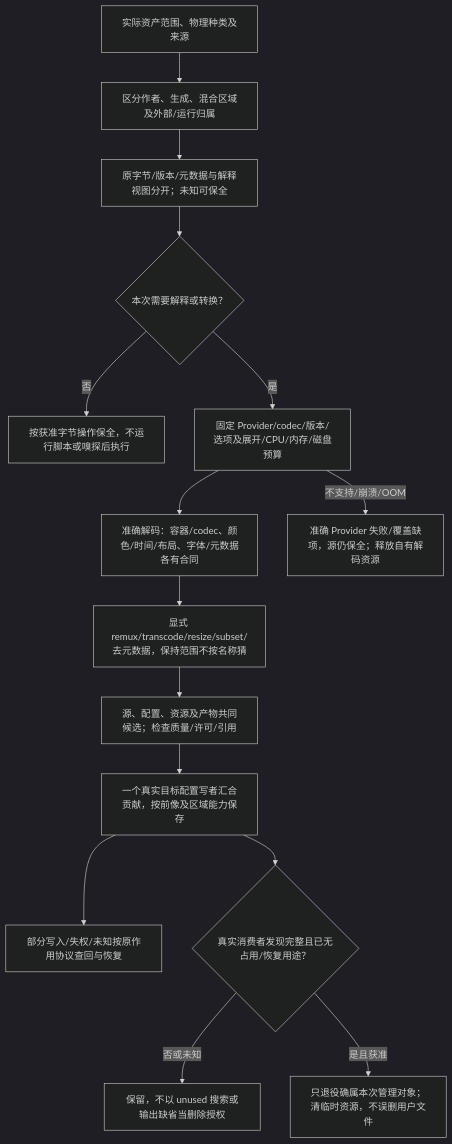
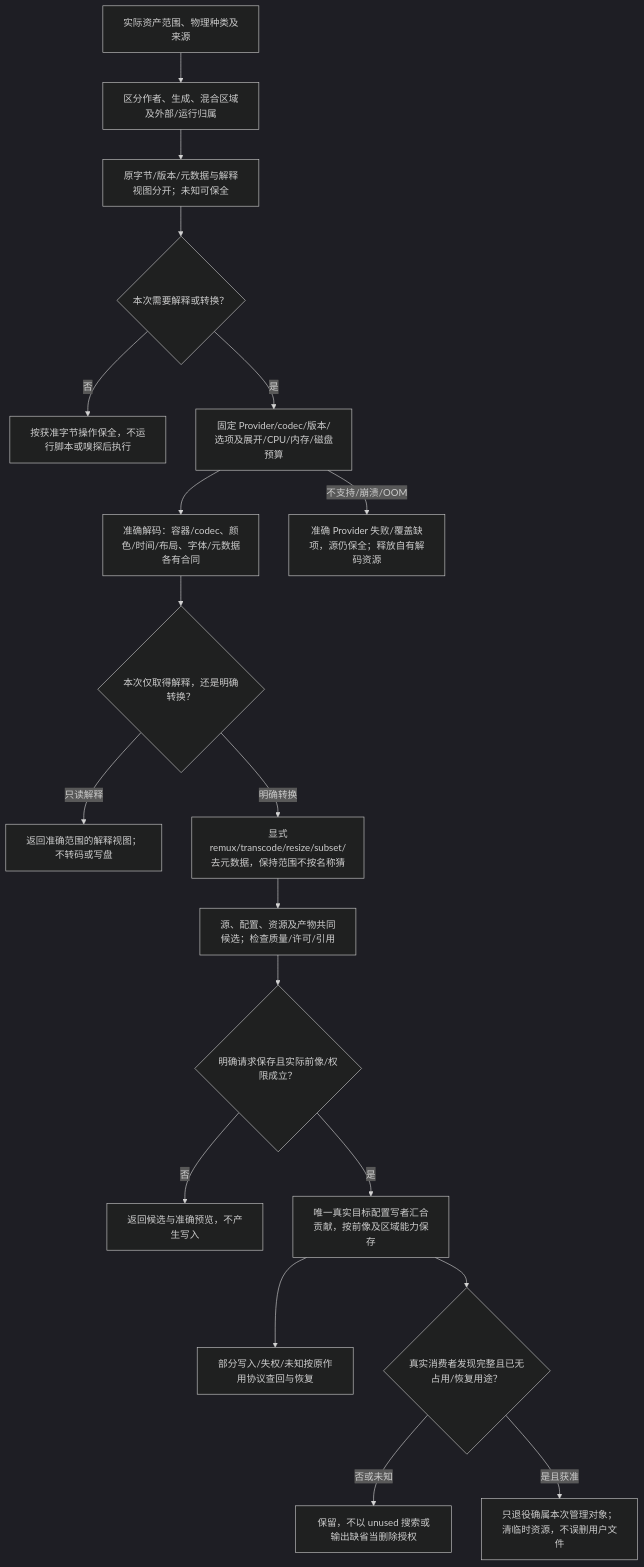
Before and after one commit to sec-platform/sec: the first of 3 diagrams in docs/作者/工程源/资产与非源码.md, drawn with Mermaid (dark theme). The commit also changed other lines of this file and 122 other files, not shown here.

First line of the commit message:
docs: unify system diagrams and remove redundant design text (#882)

````diff
--- a/docs/作者/工程源/资产与非源码.md
+++ b/docs/作者/工程源/资产与非源码.md
@@ -115,17 +115,21 @@
 ```mermaid
 flowchart TB
   scope["实际资产范围、物理种类及来源"] --> own["区分作者、生成、混合区域及外部/运行归属"]
   own --> view["原字节/版本/元数据与解释视图分开；未知可保全"]
   view --> decoder{"本次需要解释或转换？"}
   decoder -->|否| preserve["按获准字节操作保全，不运行脚本或嗅探后执行"]
   decoder -->|是| bounded["固定 Provider/codec/版本/选项及展开/CPU/内存/磁盘预算"]
   bounded --> formats["准确解码：容器/codec、颜色/时间/布局、字体/元数据各有合同"]
-  formats --> transform["显式 remux/transcode/resize/subset/去元数据，保持范围不按名称猜"]
+  formats --> purpose{"本次仅取得解释，还是明确转换？"}
+  purpose -->|只读解释| interpreted["返回准确范围的解释视图；不转码或写盘"]
+  purpose -->|明确转换| transform["显式remux/transcode/resize/subset/去元数据，保持范围不按名称猜"]
   transform --> candidate["源、配置、资源及产物共同候选；检查质量/许可/引用"]
-  candidate --> writer["一个真实目标配置写者汇合贡献，按前像及区域能力保存"]
+  candidate --> write{"明确请求保存且实际前像/权限成立？"}
+  write -->|否| preview["返回候选与准确预览，不产生写入"]
+  write -->|是| writer["唯一真实目标配置写者汇合贡献，按前像及区域能力保存"]
   writer --> recovered["部分写入/失权/未知按原作用协议查回与恢复"]
   writer --> retire{"真实消费者发现完整且已无占用/恢复用途？"}
   retire -->|否或未知| keep["保留，不以 unused 搜索或输出缺省当删除授权"]
   retire -->|是且获准| release["只退役确属本次管理对象；清临时资源，不误删用户文件"]
   bounded -->|不支持/崩溃/OOM| failure["准确 Provider 失败/覆盖缺项，源仍保全；释放自有解码资源"]
 ```
````
